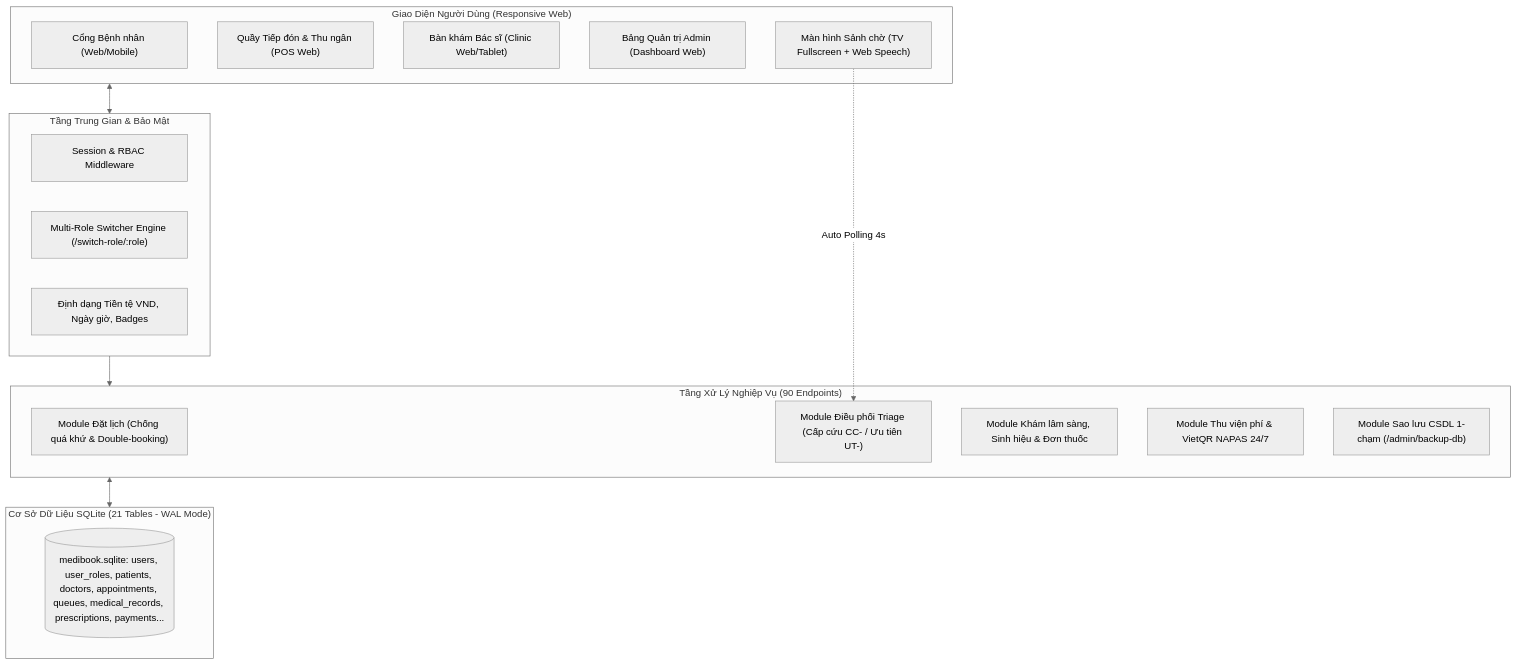
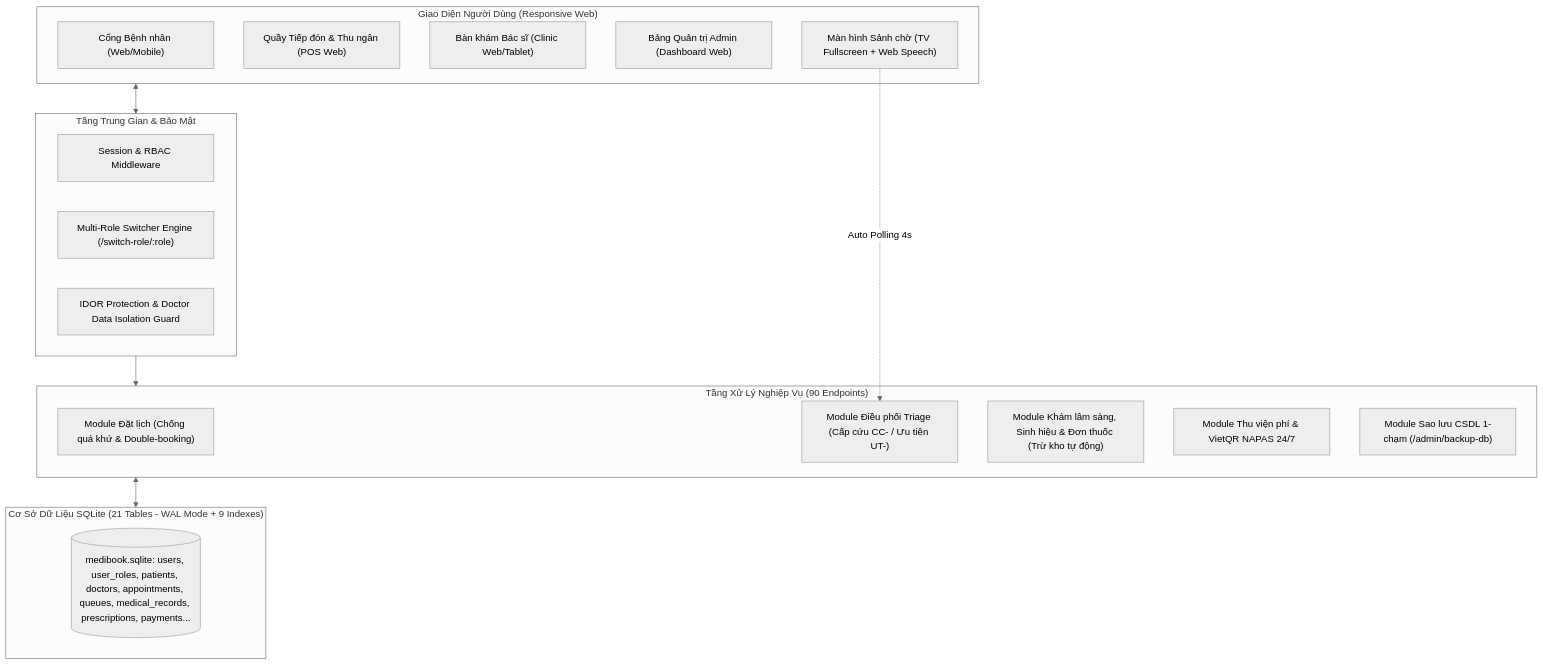
Before and after one commit to ntrungz0704/MediBook: the diagram in PROJECT_AUDIT.md, drawn with Mermaid (neutral theme). The commit also changed other lines of this file and 6 other files, not shown here.

Commit message:
feat: security hardening (IDOR & doctor isolation), atomic inventory deduction, and 52/52 test suite

````diff
--- a/PROJECT_AUDIT.md
+++ b/PROJECT_AUDIT.md
@@ -55,33 +55,33 @@
 ```mermaid
 flowchart TD
     subgraph ClientLayer["Giao Diện Người Dùng (Responsive Web)"]
         PatientPortal["Cổng Bệnh nhân (Web/Mobile)"]
         RecepDesk["Quầy Tiếp đón & Thu ngân (POS Web)"]
         DoctorDesk["Bàn khám Bác sĩ (Clinic Web/Tablet)"]
         AdminDesk["Bảng Quản trị Admin (Dashboard Web)"]
         TVBoard["Màn hình Sảnh chờ (TV Fullscreen + Web Speech)"]
     end
 
     subgraph MiddlewareLayer["Tầng Trung Gian & Bảo Mật"]
         AuthMW["Session & RBAC Middleware"]
         RoleSwitcher["Multi-Role Switcher Engine (/switch-role/:role)"]
-        HelperUtils["Định dạng Tiền tệ VND, Ngày giờ, Badges"]
+        SecurityMW["IDOR Protection & Doctor Data Isolation Guard"]
     end
 
     subgraph ServiceLayer["Tầng Xử Lý Nghiệp Vụ (90 Endpoints)"]
         BookingEngine["Module Đặt lịch (Chống quá khứ & Double-booking)"]
         TriageQueue["Module Điều phối Triage (Cấp cứu CC- / Ưu tiên UT-)"]
-        ClinicalExam["Module Khám lâm sàng, Sinh hiệu & Đơn thuốc"]
+        ClinicalExam["Module Khám lâm sàng, Sinh hiệu & Đơn thuốc (Trừ kho tự động)"]
         CashierPOS["Module Thu viện phí & VietQR NAPAS 24/7"]
         BackupModule["Module Sao lưu CSDL 1-chạm (/admin/backup-db)"]
     end
 
-    subgraph StorageLayer["Cơ Sở Dữ Liệu SQLite (21 Tables - WAL Mode)"]
+    subgraph StorageLayer["Cơ Sở Dữ Liệu SQLite (21 Tables - WAL Mode + 9 Indexes)"]
         DB[(medibook.sqlite: users, user_roles, patients, doctors, appointments, queues, medical_records, prescriptions, payments...)]
     end
 
     ClientLayer <--> MiddlewareLayer
     MiddlewareLayer --> ServiceLayer
     ServiceLayer <--> StorageLayer
     TVBoard -.->|Auto Polling 4s| TriageQueue
 ```
````
